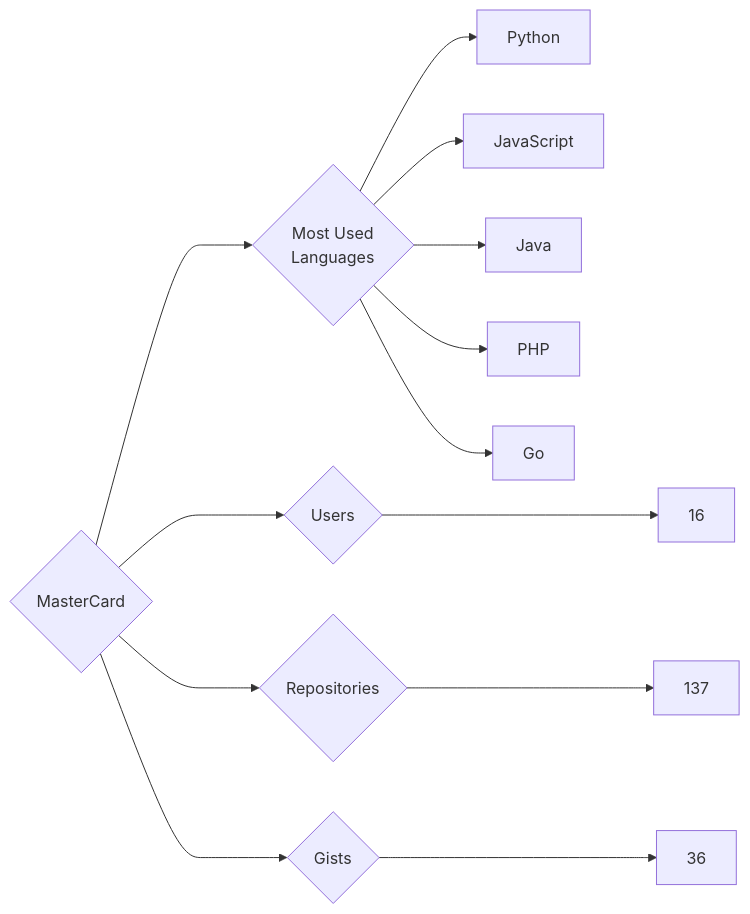
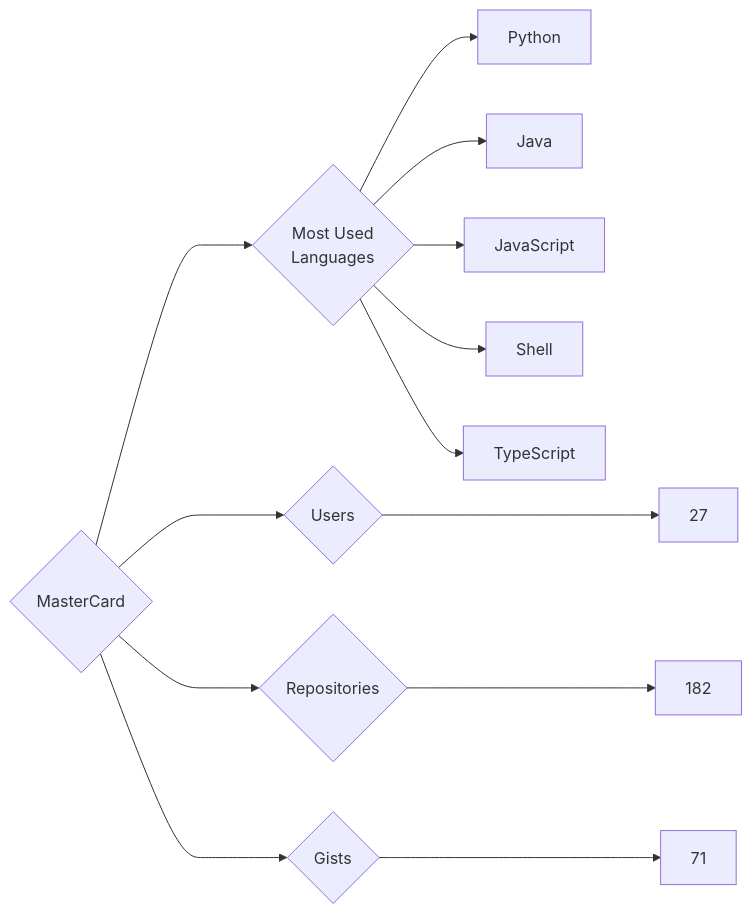
One commit to trickest/insiders changed the diagram in targets/MasterCard/README.md. Above: the diagram before and after it, drawn with Mermaid. The commit also changed 677 other files, not shown here.

````diff
--- a/targets/MasterCard/README.md
+++ b/targets/MasterCard/README.md
@@ -3,13 +3,13 @@
 ```mermaid
 graph LR
 COMPANY_NAME{MasterCard}
-COMPANY_NAME ---> U{Users} ---> UN[16]
-COMPANY_NAME ---> R{Repositories} ---> RN[137]
-COMPANY_NAME ---> G{Gists} ---> GN[36]
+COMPANY_NAME ---> U{Users} ---> UN[27]
+COMPANY_NAME ---> R{Repositories} ---> RN[182]
+COMPANY_NAME ---> G{Gists} ---> GN[71]
 COMPANY_NAME ---> ML{Most Used<br>Languages}
 ML --> Python[Python]
+ML --> Java[Java]
 ML --> JavaScript[JavaScript]
-ML --> Java[Java]
-ML --> PHP[PHP]
-ML --> Go[Go]
+ML --> Shell[Shell]
+ML --> TypeScript[TypeScript]
 ```
````
